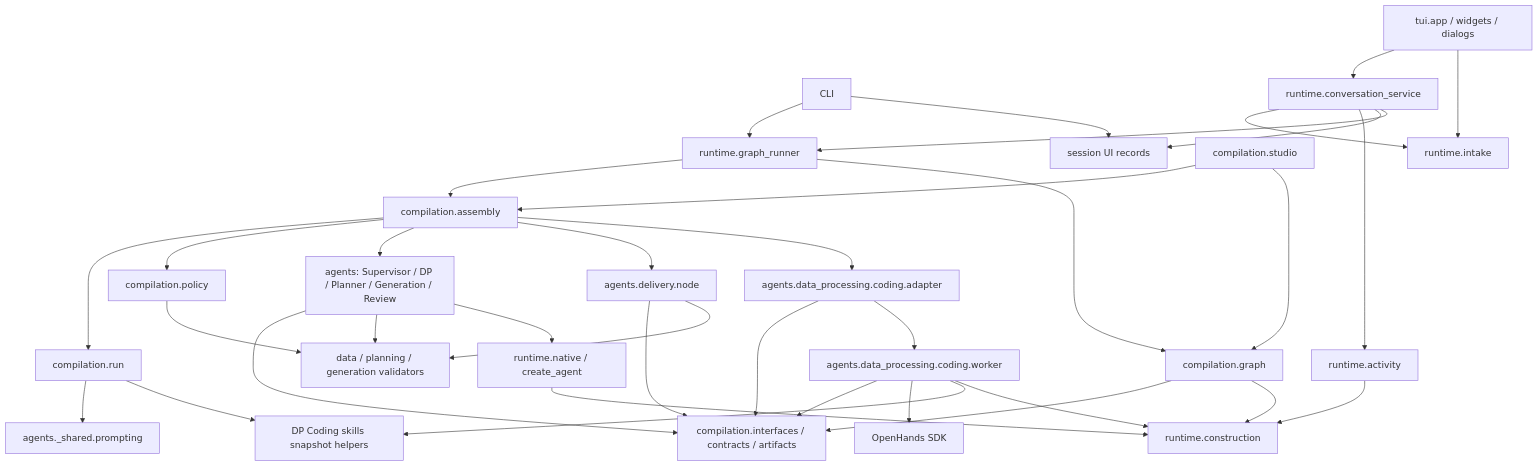
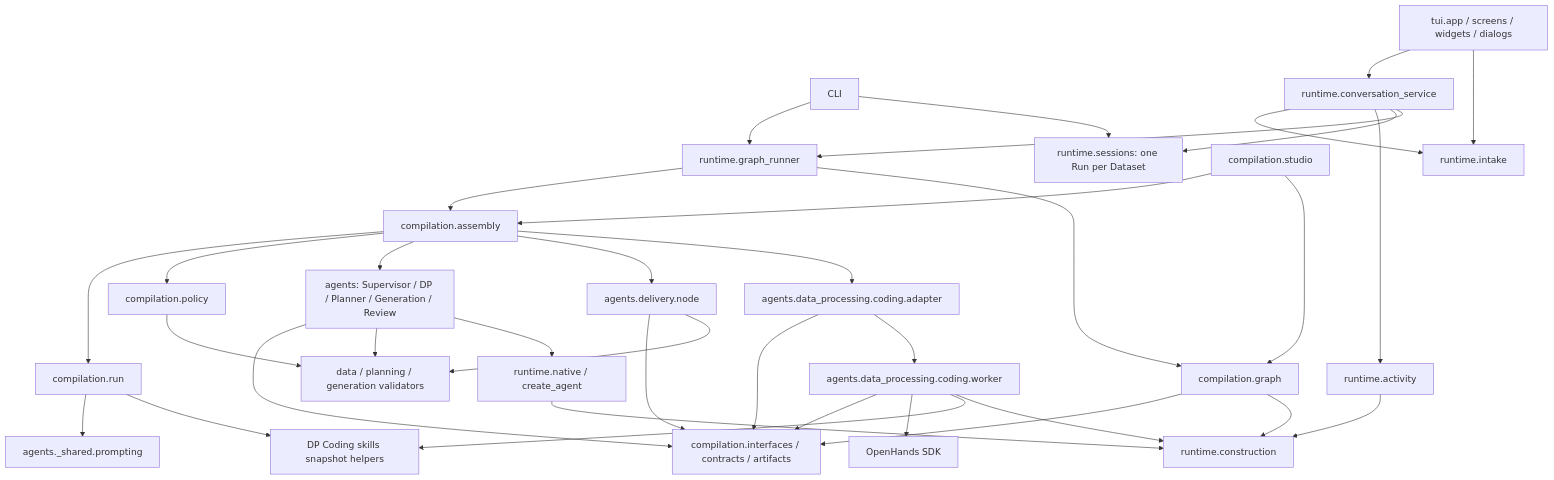
The first of 3 diagrams in docs/ARCHITECTURE.md (fly233338/MedBenchAgent), drawn with Mermaid before and after one commit. The commit also changed other lines of this file and 58 other files, not shown here.

Commit message:
Organize user runs and runtime state with concise English TUI

````diff
--- a/docs/ARCHITECTURE.md
+++ b/docs/ARCHITECTURE.md
@@ -8,35 +8,35 @@
 ```mermaid
 flowchart TB
     CLI[CLI] --> Runner[runtime.graph_runner]
-    TUI[tui.app / widgets / dialogs] --> UIService[runtime.conversation_service]
+    TUI[tui.app / screens / widgets / dialogs] --> UIService[runtime.conversation_service]
     TUI --> Intake[runtime.intake]
     UIService --> Intake
     UIService --> Activity[runtime.activity]
     Studio[compilation.studio] --> Assembly[compilation.assembly]
     Assembly --> Run[compilation.run]
     Run --> Prompting[agents._shared.prompting]
     Run --> SkillSnapshot[DP Coding skills snapshot helpers]
     Runner --> Assembly
     Runner & Studio --> Graph[compilation.graph]
     Assembly --> Policy[compilation.policy]
     Graph --> Public[compilation.interfaces / contracts / artifacts]
     Policy --> Domain[data / planning / generation validators]
     Assembly --> Agents[agents: Supervisor / DP / Planner / Generation / Review]
     Assembly --> Delivery[agents.delivery.node]
     Assembly --> Coding[agents.data_processing.coding.adapter]
     Agents --> Public
     Agents --> Domain
     Agents --> Native[runtime.native / create_agent]
     Delivery --> Public
     Delivery --> Domain
     Coding --> Public
     Coding --> Worker[agents.data_processing.coding.worker]
     Worker --> Public
     Worker --> SDK[OpenHands SDK]
     Worker --> SkillSnapshot
-    CLI --> Sessions[session UI records]
+    CLI --> Sessions[runtime.sessions: one Run per Dataset]
     UIService --> Sessions
     UIService --> Runner
     Graph & Native & Worker --> Events[runtime.construction]
     Activity --> Events
 ```
````
